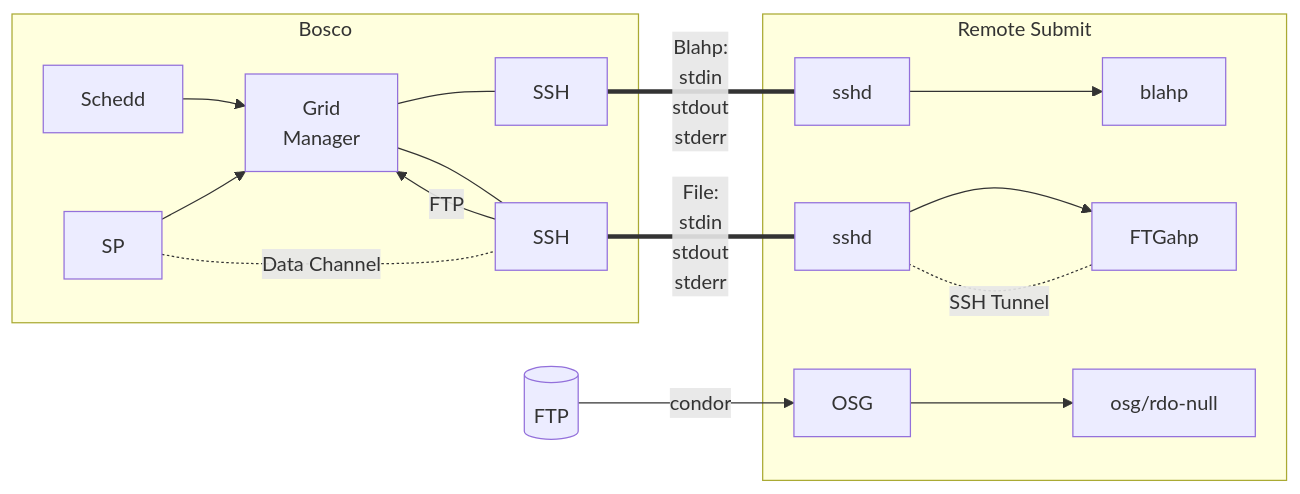
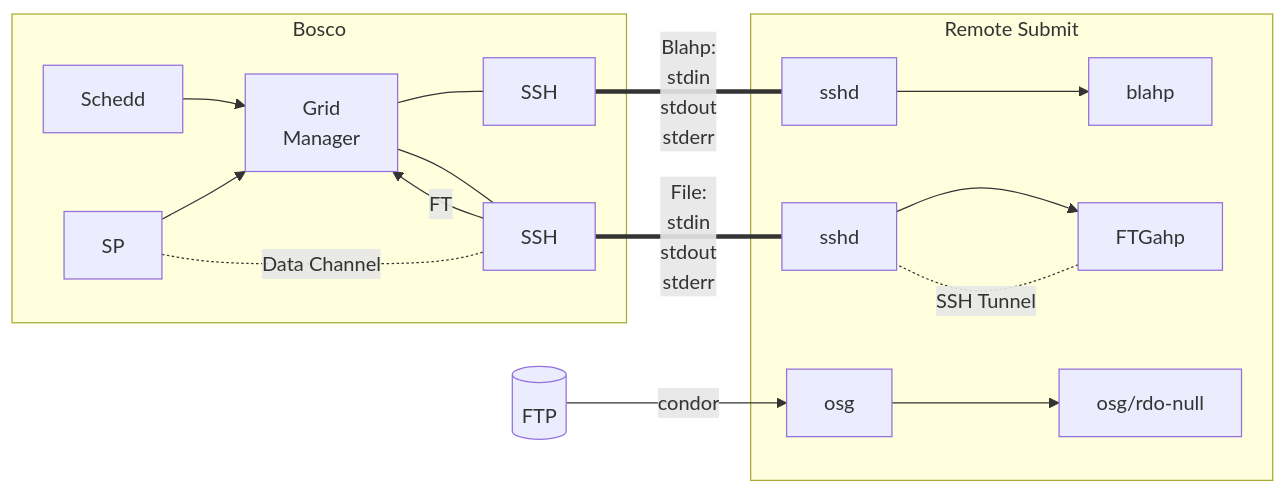
Before and after one commit to rc-jacob/htcondor-ce: the diagram in Bosco_Diagram.md, drawn with Mermaid.

Commit message:
Correct node and link labels

````diff
--- a/Bosco_Diagram.md
+++ b/Bosco_Diagram.md
@@ -3,20 +3,20 @@
 ```mermaid
 flowchart LR
 	subgraph Bosco
 		1[Schedd] --> 2[Grid</br>Manager]
 		3[SP] --> 2
 		2 --- 4[SSH]
 		2 --- 5[SSH]
-		5 --> |FTP|2
+		5 --> |FT|2
 		3 -. Data Channel .- 5
 	end
 	subgraph Remote Submit
 		a[sshd] --> b[blahp]
 		c[sshd] --> d[FTGahp]
 		d -. SSH Tunnel .- c
-		e[OSG] --> f[osg/rdo-null]
+		e[osg] --> f[osg/rdo-null]
 	end
 id1[(FTP)] --> |condor|e
 4 ===|Blahp:</br>stdin</br>stdout</br>stderr| a
 5 ===|File:</br>stdin</br>stdout</br>stderr| c
 ```
````
